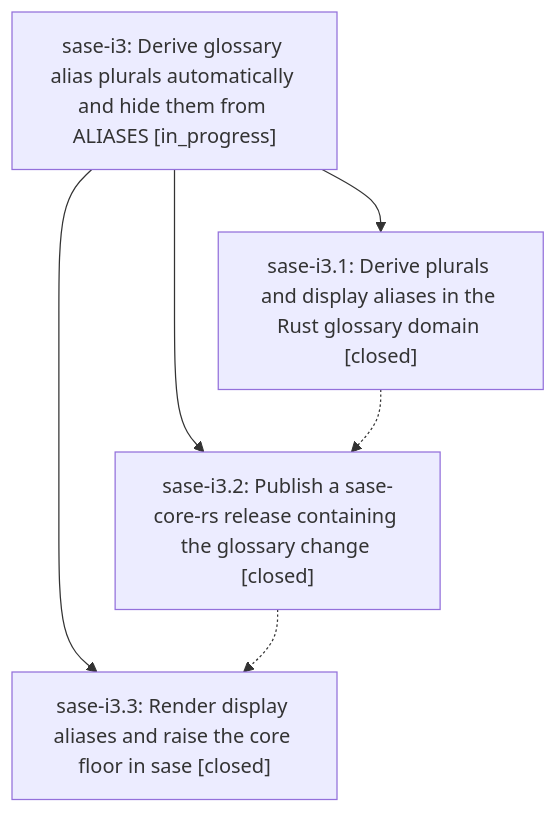
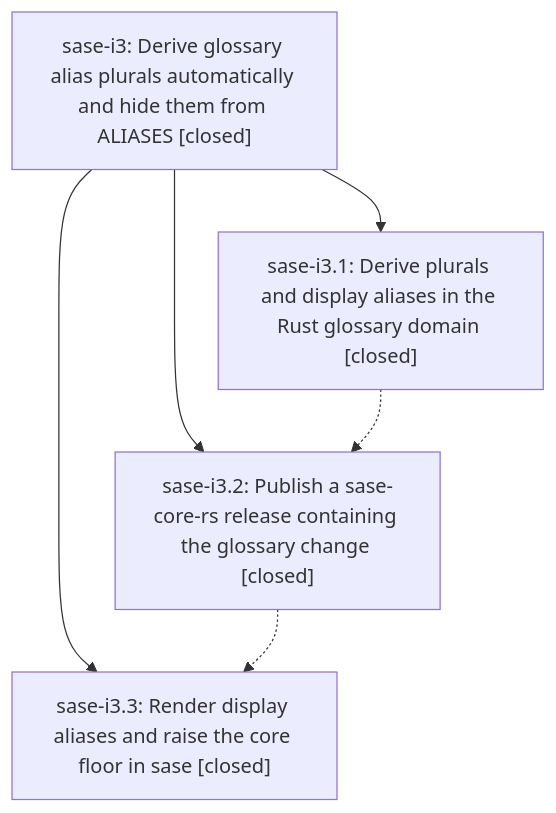
Before and after one commit to sase-org/sase--beads: the diagram in pages/sase-i3/README.md, drawn with Mermaid. The commit also changed other lines of this file, not shown here.

First line of the commit message:
chore(beads): sync bead state and pages for sase-i3

````diff
--- a/pages/sase-i3/README.md
+++ b/pages/sase-i3/README.md
@@ -24,12 +30,12 @@
 ```mermaid
 flowchart TD
-    n0["sase-i3: Derive glossary alias plurals automatically and hide them from ALIASES [in_progress]"]
+    n0["sase-i3: Derive glossary alias plurals automatically and hide them from ALIASES [closed]"]
     n1["sase-i3.1: Derive plurals and display aliases in the Rust glossary domain [closed]"]
     n2["sase-i3.2: Publish a sase-core-rs release containing the glossary change [closed]"]
     n3["sase-i3.3: Render display aliases and raise the core floor in sase [closed]"]
     n0 --> n1
     n0 --> n2
     n0 --> n3
     n1 -.-> n2
     n2 -.-> n3
 ```
````
